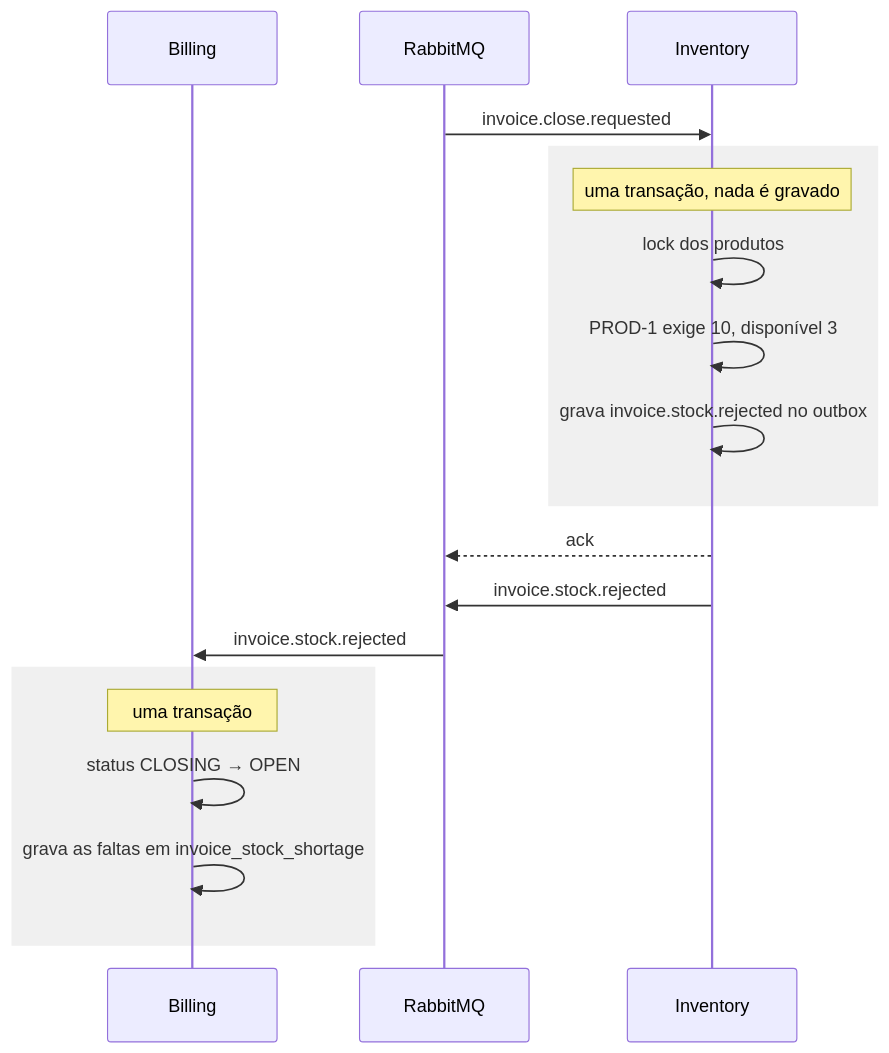
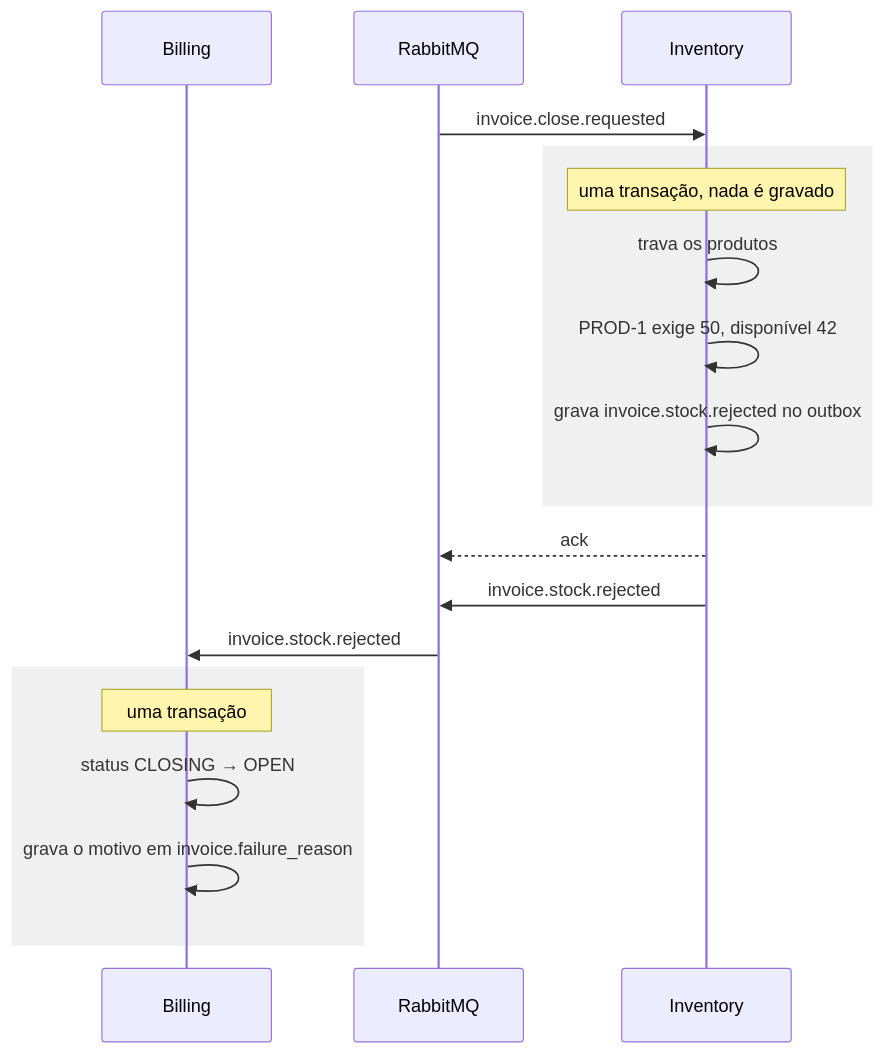
The third of 3 diagrams in docs/arquitetura.md (felixefelip/Korp_Teste_FelipeFelix), drawn with Mermaid before and after one commit. The commit also changed other lines of this file, not shown here.

````diff
--- a/docs/arquitetura.md
+++ b/docs/arquitetura.md
@@ -123,22 +131,22 @@
 ```mermaid
 sequenceDiagram
     participant B as Billing
     participant MQ as RabbitMQ
     participant I as Inventory
 
     MQ->>I: invoice.close.requested
     rect rgb(240, 240, 240)
         Note over I: uma transação, nada é gravado
-        I->>I: lock dos produtos
-        I->>I: PROD-1 exige 10, disponível 3
+        I->>I: trava os produtos
+        I->>I: PROD-1 exige 50, disponível 42
         I->>I: grava invoice.stock.rejected no outbox
     end
     I-->>MQ: ack
     I->>MQ: invoice.stock.rejected
     MQ->>B: invoice.stock.rejected
     rect rgb(240, 240, 240)
         Note over B: uma transação
         B->>B: status CLOSING → OPEN
-        B->>B: grava as faltas em invoice_stock_shortage
+        B->>B: grava o motivo em invoice.failure_reason
     end
 ```
````
